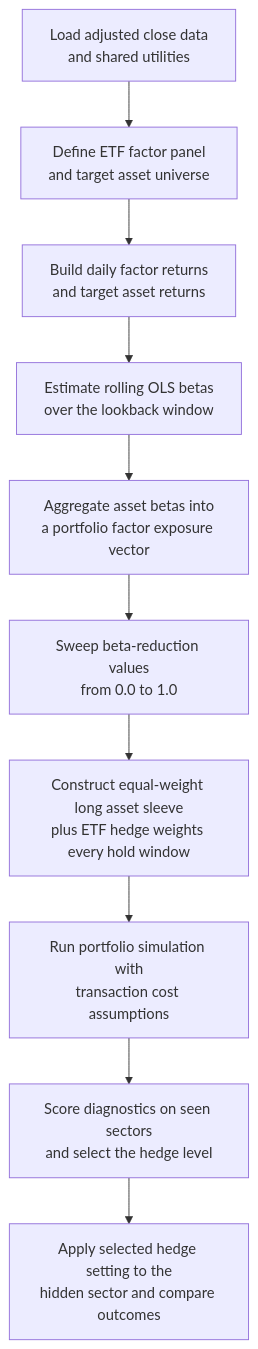
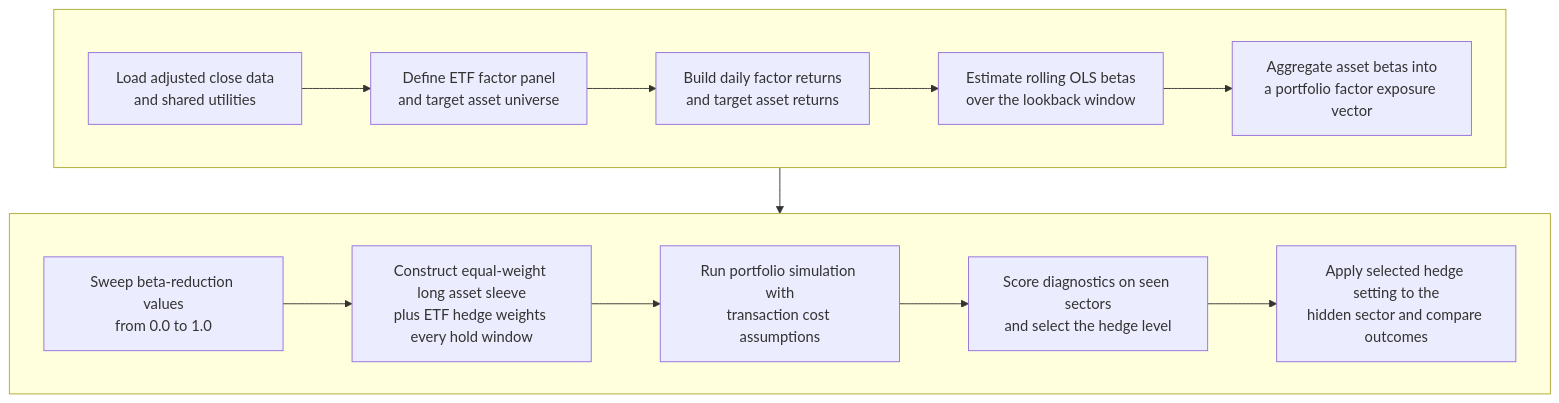
One commit to sortinoresearch/hedge-competition-1 changed the diagram in README.md. Above: the diagram before and after it, drawn with Mermaid.

Commit message:
improved readme

````diff
--- a/README.md
+++ b/README.md
@@ -15,12 +15,20 @@
 ```mermaid
-flowchart TD
-	A[Load adjusted close data<br/>and shared utilities] --> B[Define ETF factor panel<br/>and target asset universe]
-	B --> C[Build daily factor returns<br/>and target asset returns]
-	C --> D[Estimate rolling OLS betas<br/>over the lookback window]
-	D --> E[Aggregate asset betas into<br/>a portfolio factor exposure vector]
-	E --> F[Sweep beta-reduction values<br/>from 0.0 to 1.0]
-	F --> G[Construct equal-weight long asset sleeve<br/>plus ETF hedge weights every hold window]
-	G --> H[Run portfolio simulation with<br/>transaction cost assumptions]
-	H --> I[Score diagnostics on seen sectors<br/>and select the hedge level]
-	I --> J[Apply selected hedge setting to the<br/>hidden sector and compare outcomes]
+flowchart TB
+	subgraph Row1[ ]
+		direction LR
+		A[Load adjusted close data<br/>and shared utilities] --> B[Define ETF factor panel<br/>and target asset universe]
+		B --> C[Build daily factor returns<br/>and target asset returns]
+		C --> D[Estimate rolling OLS betas<br/>over the lookback window]
+		D --> E[Aggregate asset betas into<br/>a portfolio factor exposure vector]
+	end
+
+	subgraph Row2[ ]
+		direction LR
+		F[Sweep beta-reduction values<br/>from 0.0 to 1.0] --> G[Construct equal-weight long asset sleeve<br/>plus ETF hedge weights every hold window]
+		G --> H[Run portfolio simulation with<br/>transaction cost assumptions]
+		H --> I[Score diagnostics on seen sectors<br/>and select the hedge level]
+		I --> J[Apply selected hedge setting to the<br/>hidden sector and compare outcomes]
+	end
+
+	E --> F
 ```
````
